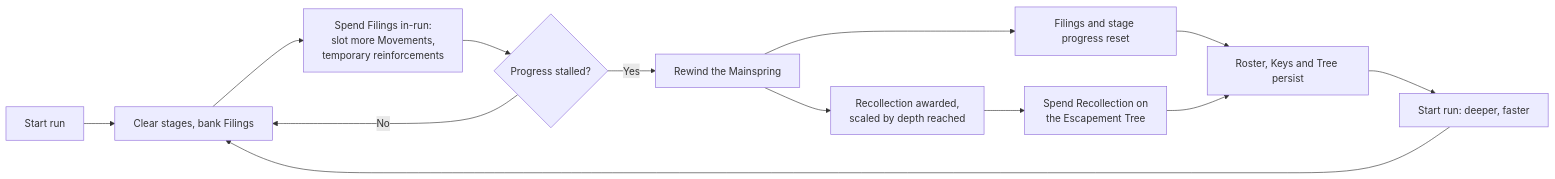
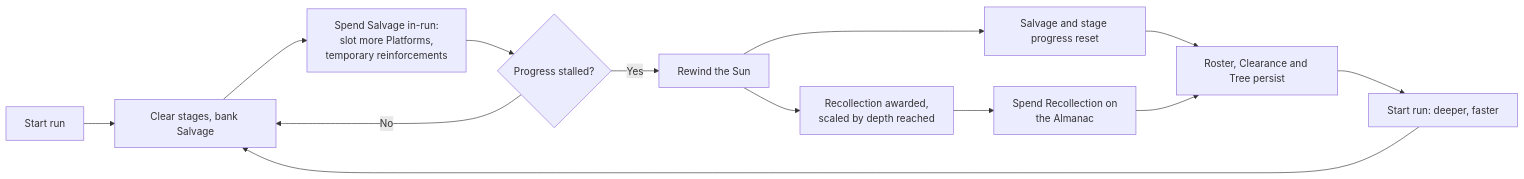
The second of 2 diagrams in docs/design/game-loop.md (pummelgrille-afk/Incremental), drawn with Mermaid before and after one commit. The commit also changed other lines of this file and 98 other files, not shown here.

````diff
--- a/docs/design/game-loop.md
+++ b/docs/design/game-loop.md
@@ -60,15 +60,15 @@
 ```mermaid
 flowchart LR
-    A[Start run] --> B[Clear stages, bank Filings]
-    B --> C[Spend Filings in-run:<br/>slot more Movements,<br/>temporary reinforcements]
+    A[Start run] --> B[Clear stages, bank Salvage]
+    B --> C[Spend Salvage in-run:<br/>slot more Platforms,<br/>temporary reinforcements]
     C --> D{Progress stalled?}
     D -->|No| B
-    D -->|Yes| E[Rewind the Mainspring]
-    E --> F[Filings and stage progress reset]
+    D -->|Yes| E[Rewind the Sun]
+    E --> F[Salvage and stage progress reset]
     E --> G[Recollection awarded,<br/>scaled by depth reached]
-    G --> H[Spend Recollection on<br/>the Escapement Tree]
-    F --> I[Roster, Keys and Tree persist]
+    G --> H[Spend Recollection on<br/>the Almanac]
+    F --> I[Roster, Clearance and Tree persist]
     H --> I
     I --> J[Start run: deeper, faster]
     J --> B
 ```
````
